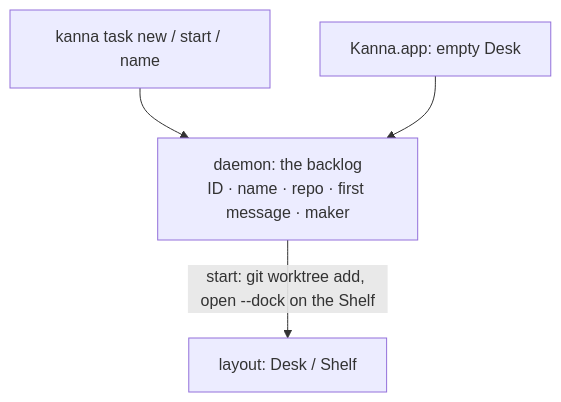
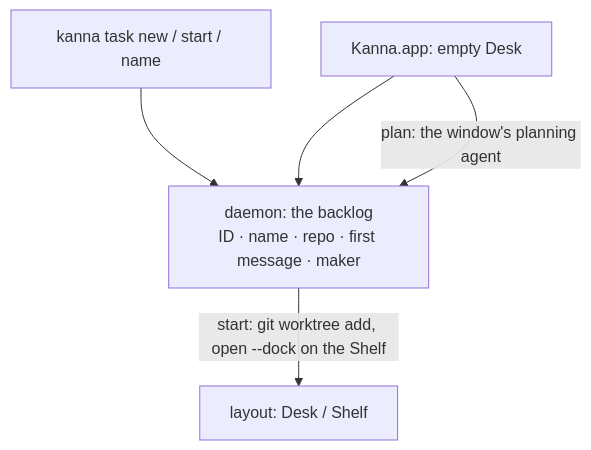
One commit to jemdiggity/kanna-v4 changed the second of 2 diagrams in docs/specs/tasks.md. Above: the diagram before and after it, drawn with Mermaid. The commit also changed other lines of this file and 6 other files, not shown here.

Commit message:
Spec the planning agent: each window's Shelf is its Desk, the agent docked beside the full Shelf, and its terminal replaces Getting started

````diff
--- a/docs/specs/tasks.md
+++ b/docs/specs/tasks.md
@@ -88,6 +89,7 @@
 ```mermaid
 flowchart TB
     CLI["kanna task new / start / name"] --> D
     APP["Kanna.app: empty Desk"] --> D
+    APP -->|"plan: the window's planning agent"| D
     D["daemon: the backlog<br/>ID · name · repo · first message · maker"] -->|"start: git worktree add, open --dock on the Shelf"| L["layout: Desk / Shelf"]
 ```
````
